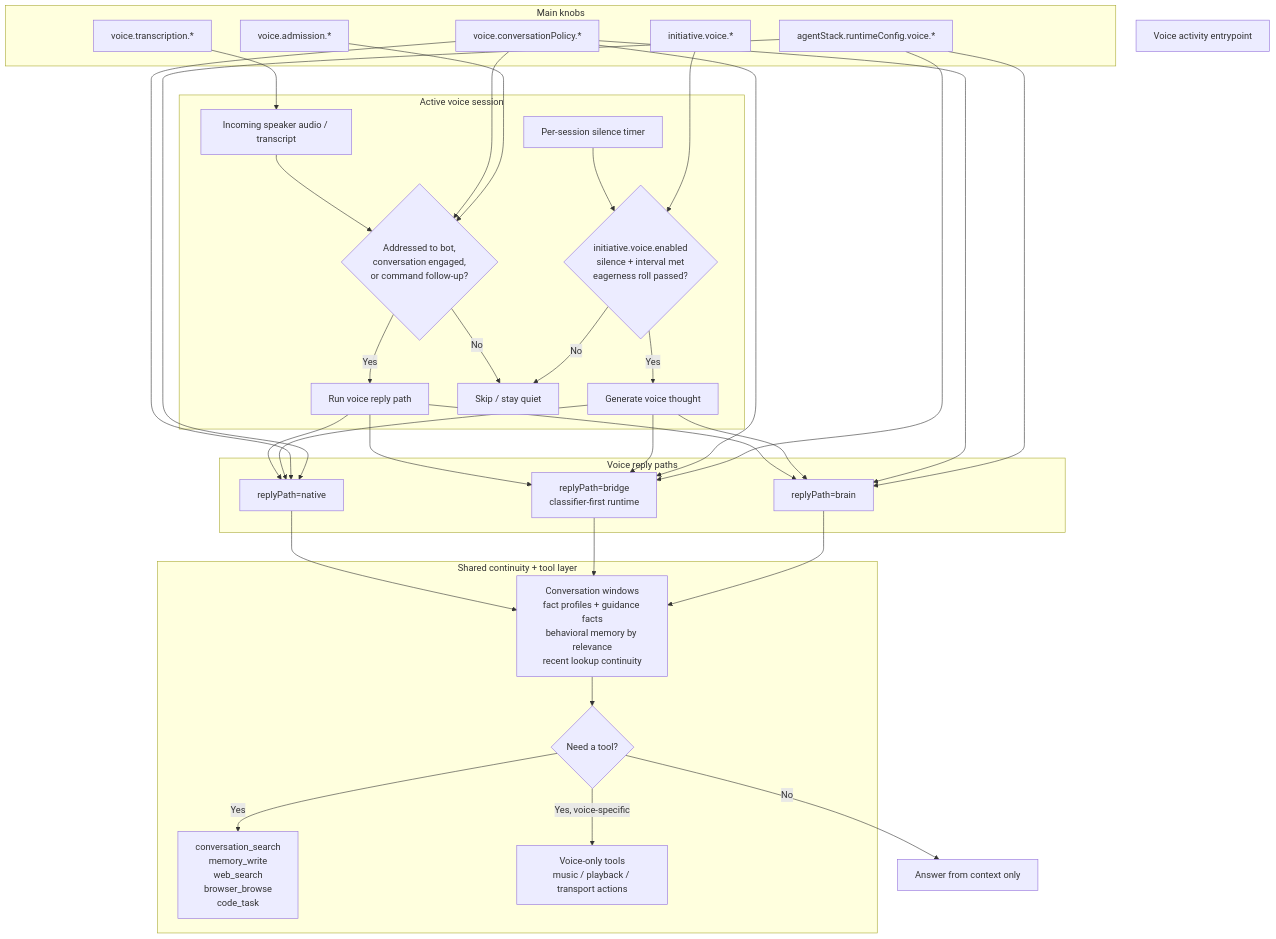
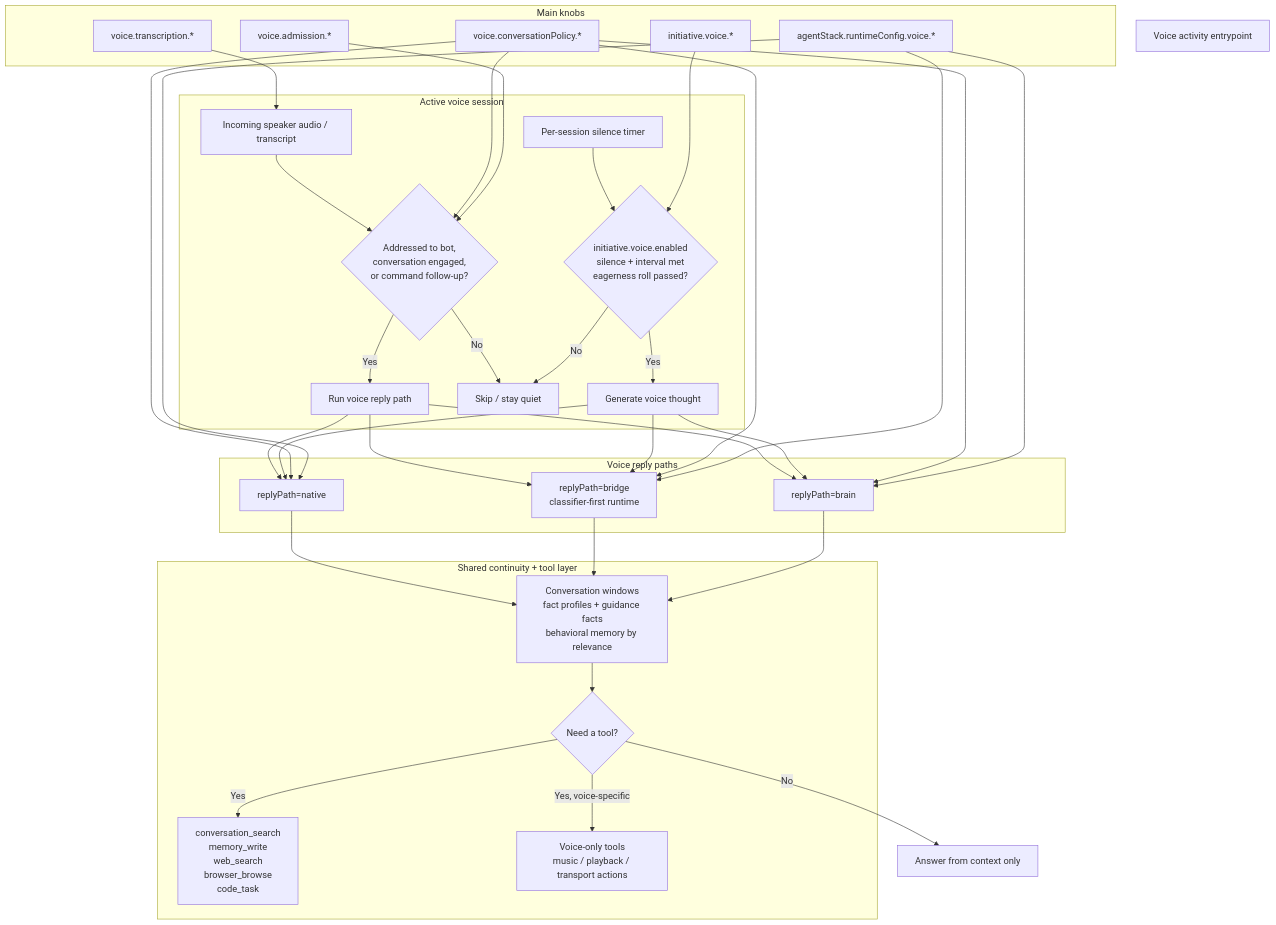
The diagram in docs/diagrams/clanker-voice-and-tools.mmd (Volpestyle/clanker_conk), drawn with Mermaid before and after one commit. The commit also changed 17 other files, not shown here.

```diff
--- a/docs/diagrams/clanker-voice-and-tools.mmd
+++ b/docs/diagrams/clanker-voice-and-tools.mmd
@@ -1,68 +1,68 @@
 flowchart TD
     Start["Voice activity entrypoint"]
 
     subgraph Session["Active voice session"]
         Audio["Incoming speaker audio / transcript"]
         TurnDecision{"Addressed to bot,\nconversation engaged,\nor command follow-up?"}
         VoiceReply["Run voice reply path"]
         Skip["Skip / stay quiet"]
         ThoughtTimer["Per-session silence timer"]
         ThoughtEligible{"initiative.voice.enabled\nsilence + interval met\neagerness roll passed?"}
         VoiceThought["Generate voice thought"]
     end
 
     subgraph Modes["Voice reply paths"]
         Native["replyPath=native"]
         Bridge["replyPath=bridge\nclassifier-first runtime"]
         Brain["replyPath=brain"]
     end
 
     subgraph SharedBrain["Shared continuity + tool layer"]
-        Continuity["Conversation windows\nfact profiles + guidance facts\nbehavioral memory by relevance\nrecent lookup continuity"]
+        Continuity["Conversation windows\nfact profiles + guidance facts\nbehavioral memory by relevance"]
         ToolChoice{"Need a tool?"}
         SharedTools["conversation_search\nmemory_write\nweb_search\nbrowser_browse\ncode_task"]
         VoiceOnly["Voice-only tools\nmusic / playback / transport actions"]
     end
 
     subgraph Controls["Main knobs"]
         Conversation["voice.conversationPolicy.*"]
         Admission["voice.admission.*"]
         Transcription["voice.transcription.*"]
         Runtime["agentStack.runtimeConfig.voice.*"]
         ThoughtKnobs["initiative.voice.*"]
     end
 
     Audio --> TurnDecision
     TurnDecision -->|No| Skip
     TurnDecision -->|Yes| VoiceReply
 
     ThoughtTimer --> ThoughtEligible
     ThoughtEligible -->|No| Skip
     ThoughtEligible -->|Yes| VoiceThought
 
     VoiceReply --> Native
     VoiceReply --> Bridge
     VoiceReply --> Brain
     VoiceThought --> Native
     VoiceThought --> Bridge
     VoiceThought --> Brain
 
     Native --> Continuity
     Bridge --> Continuity
     Brain --> Continuity
 
     Continuity --> ToolChoice
     ToolChoice -->|No| Output["Answer from context only"]
     ToolChoice -->|Yes| SharedTools
     ToolChoice -->|Yes, voice-specific| VoiceOnly
 
     Conversation --> TurnDecision
     Conversation --> Native
     Conversation --> Bridge
     Conversation --> Brain
     Admission --> TurnDecision
     Transcription --> Audio
     Runtime --> Native
     Runtime --> Bridge
     Runtime --> Brain
     ThoughtKnobs --> ThoughtEligible
```
